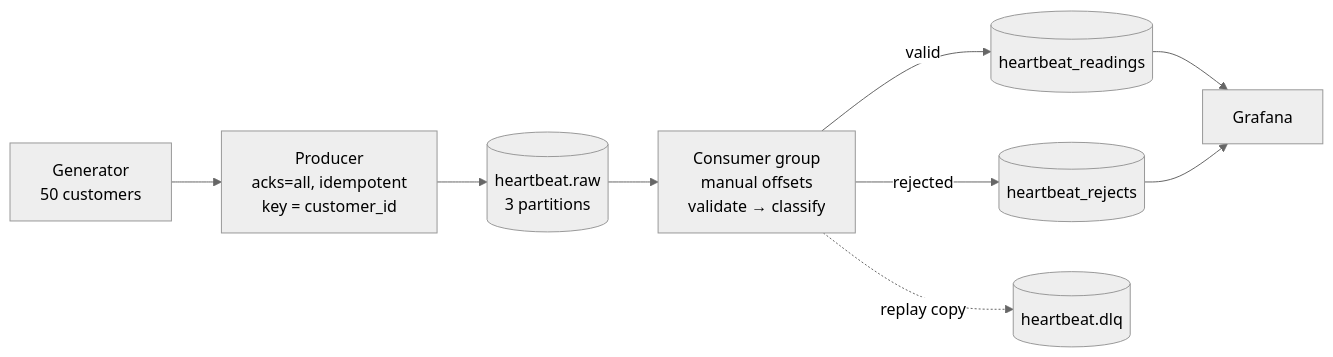
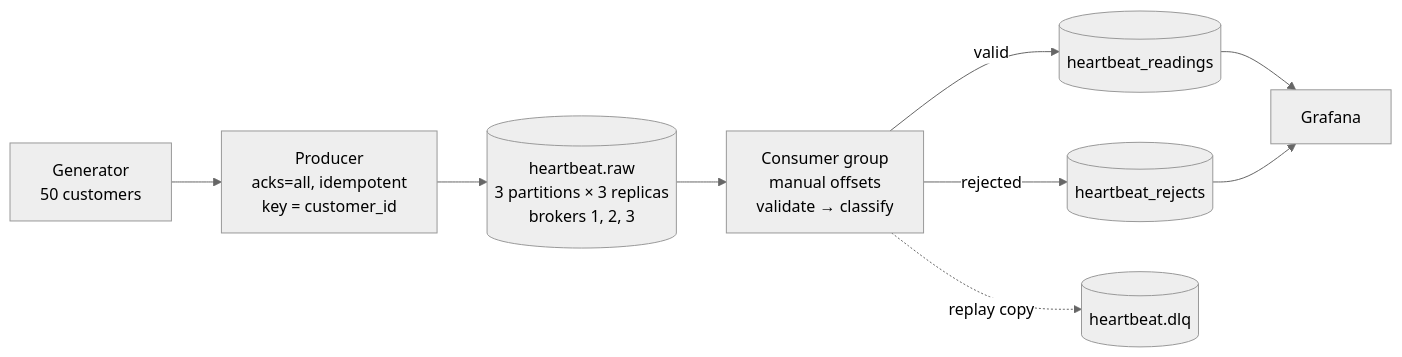
The diagram in README.md (josephforson285/kafka-heartbeat-monitor), drawn with Mermaid (neutral theme) before and after one commit. The commit also changed other lines of this file and 15 other files, not shown here.

````diff
--- a/README.md
+++ b/README.md
@@ -11,11 +11,11 @@
 ```mermaid
 flowchart LR
     G["Generator<br/>50 customers"] --> P["Producer<br/>acks=all, idempotent<br/>key = customer_id"]
-    P --> T[("heartbeat.raw<br/>3 partitions")]
+    P --> T[("heartbeat.raw<br/>3 partitions × 3 replicas<br/>brokers 1, 2, 3")]
     T --> C["Consumer group<br/>manual offsets<br/>validate → classify"]
     C -->|valid| R[("heartbeat_readings")]
     C -->|rejected| X[("heartbeat_rejects")]
     C -.->|replay copy| D[("heartbeat.dlq")]
     R --> GF["Grafana"]
     X --> GF
 ```
````
